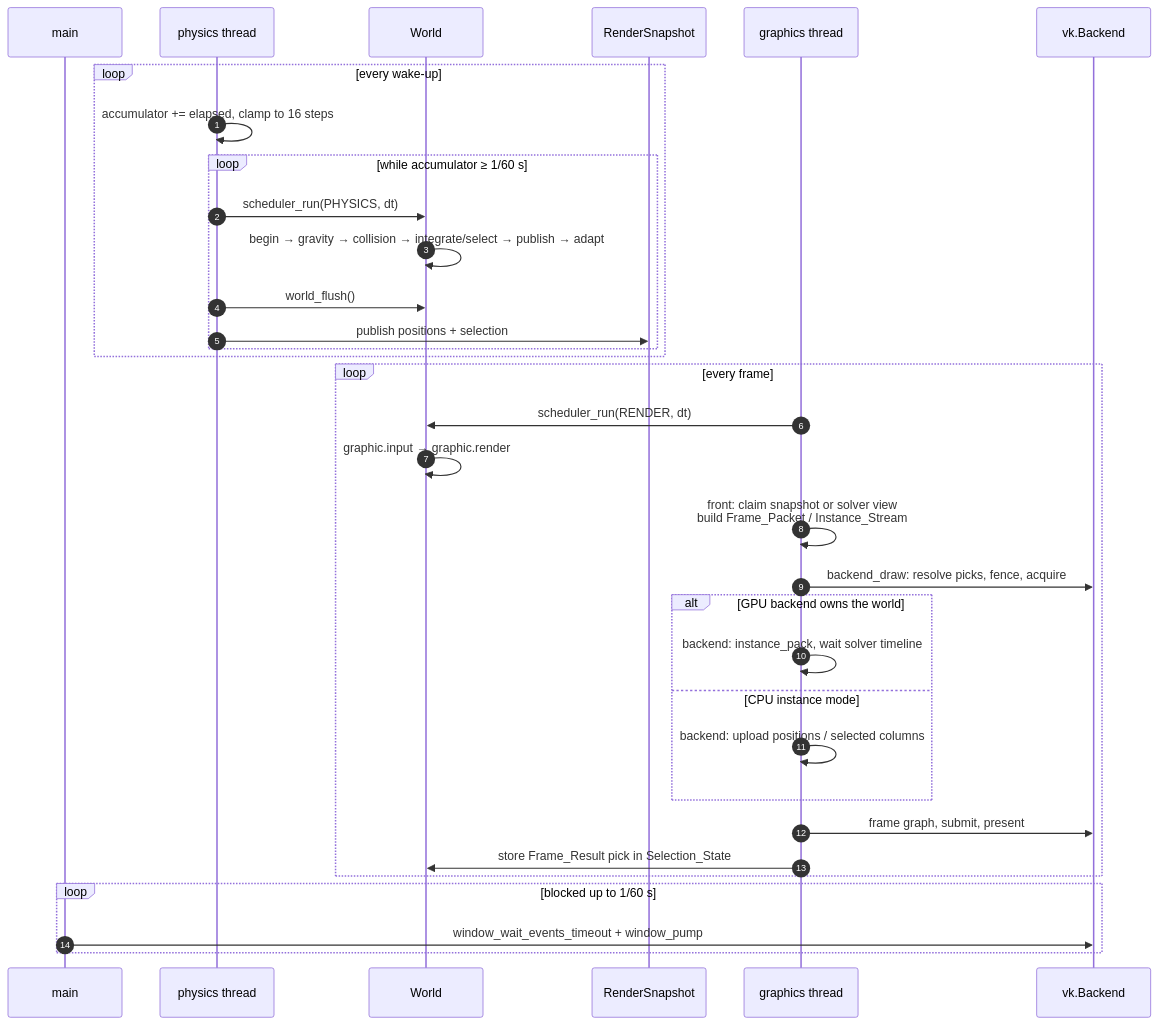
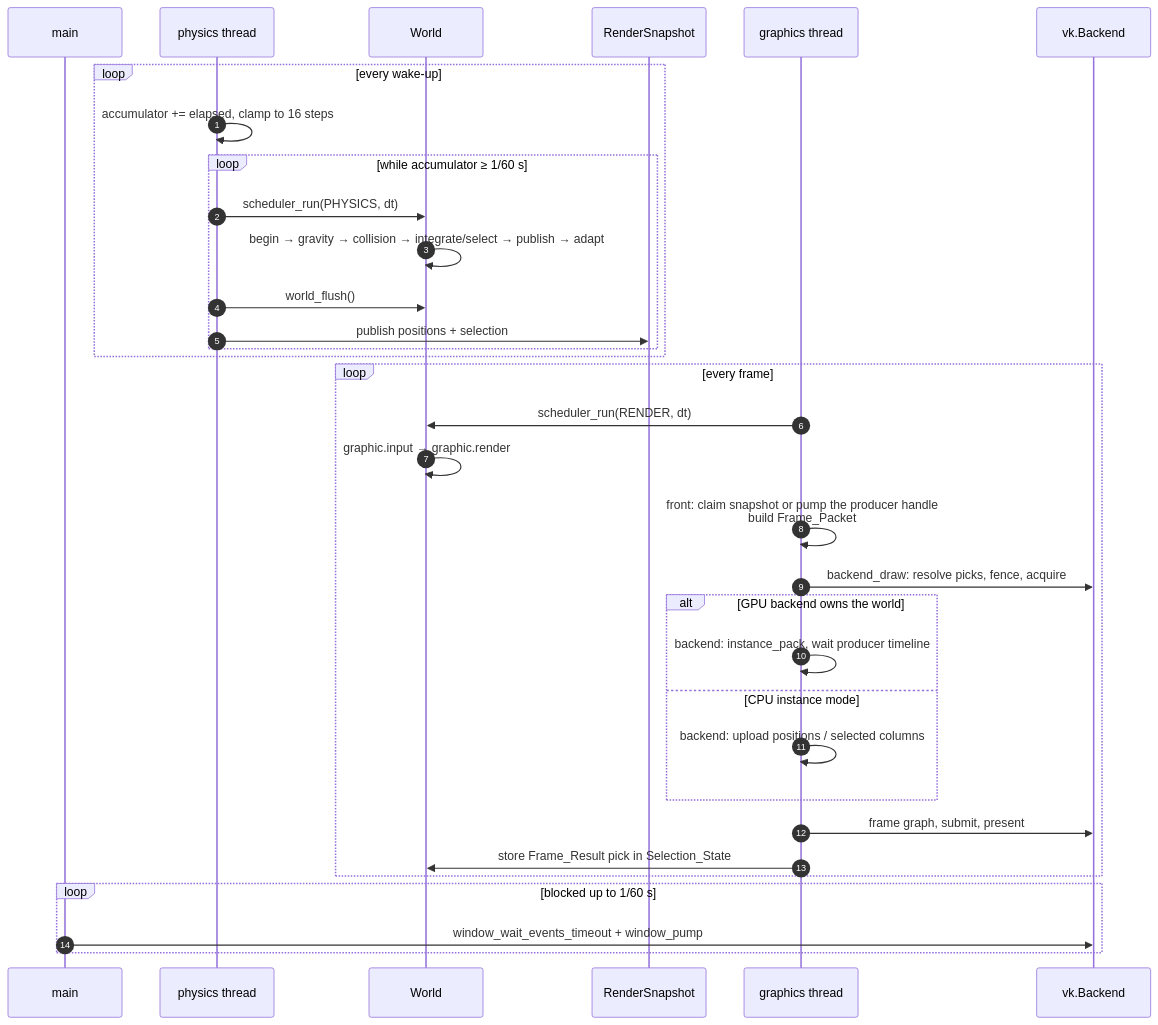
One commit to TanukiConDos/Gravity-Simulator changed the fifth of 7 diagrams in docs/architecture.md. Above: the diagram before and after it, drawn with Mermaid. The commit also changed other lines of this file and 5 other files, not shown here.

First line of the commit message:
docs: physics owns the GPU solver; the front holds an opaque stream handle

````diff
--- a/docs/architecture.md
+++ b/docs/architecture.md
@@ -199,38 +202,38 @@
 ```mermaid
 sequenceDiagram
     autonumber
     participant M as main
     participant P as physics thread
     participant W as World
     participant S as RenderSnapshot
     participant G as graphics thread
     participant V as vk.Backend
 
     loop every wake-up
         P->>P: accumulator += elapsed, clamp to 16 steps
         loop while accumulator ≥ 1/60 s
             P->>W: scheduler_run(PHYSICS, dt)
             W->>W: begin → gravity → collision → integrate/select → publish → adapt
             P->>W: world_flush()
             P->>S: publish positions + selection
         end
     end
 
     loop every frame
         G->>W: scheduler_run(RENDER, dt)
         W->>W: graphic.input → graphic.render
-        G->>G: front: claim snapshot or solver view<br/>build Frame_Packet / Instance_Stream
+        G->>G: front: claim snapshot or pump the producer handle<br/>build Frame_Packet
         G->>V: backend_draw: resolve picks, fence, acquire
         alt GPU backend owns the world
-            G->>G: backend: instance_pack, wait solver timeline
+            G->>G: backend: instance_pack, wait producer timeline
         else CPU instance mode
             G->>G: backend: upload positions / selected columns
         end
         G->>V: frame graph, submit, present
         G->>W: store Frame_Result pick in Selection_State
     end
 
     loop blocked up to 1/60 s
         M->>V: window_wait_events_timeout + window_pump
     end
 ```
````
